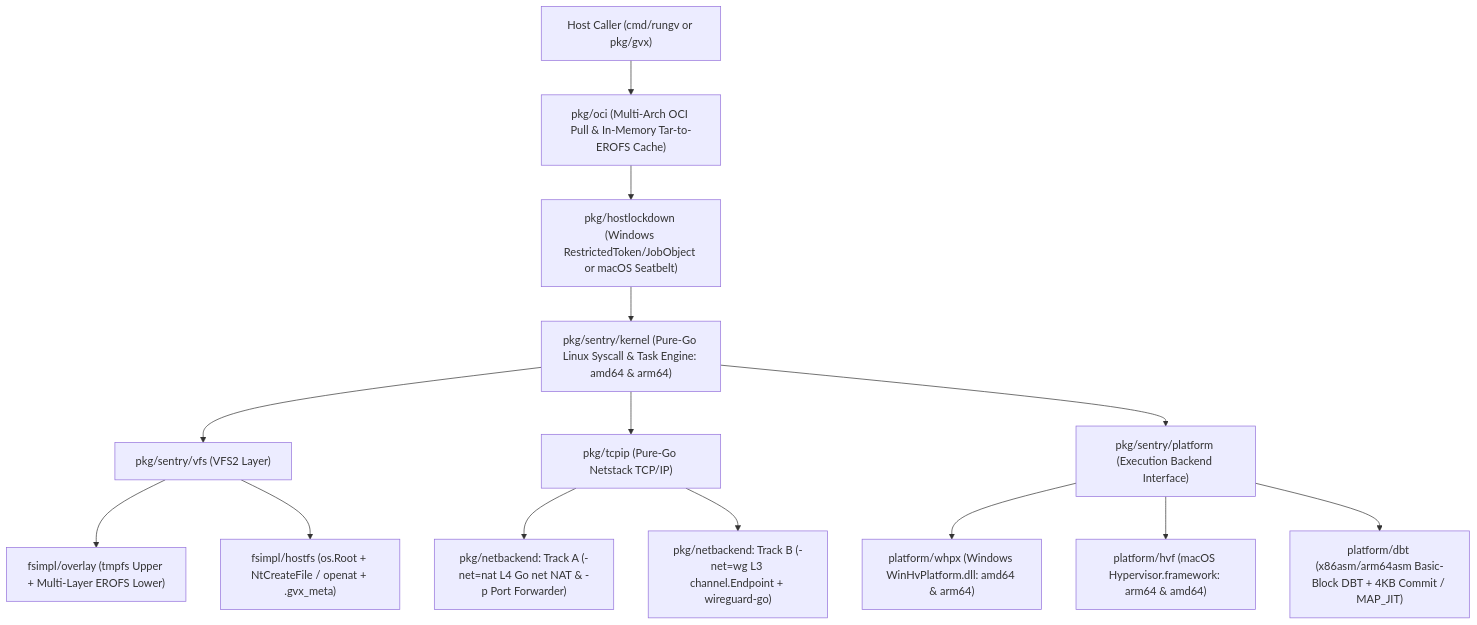
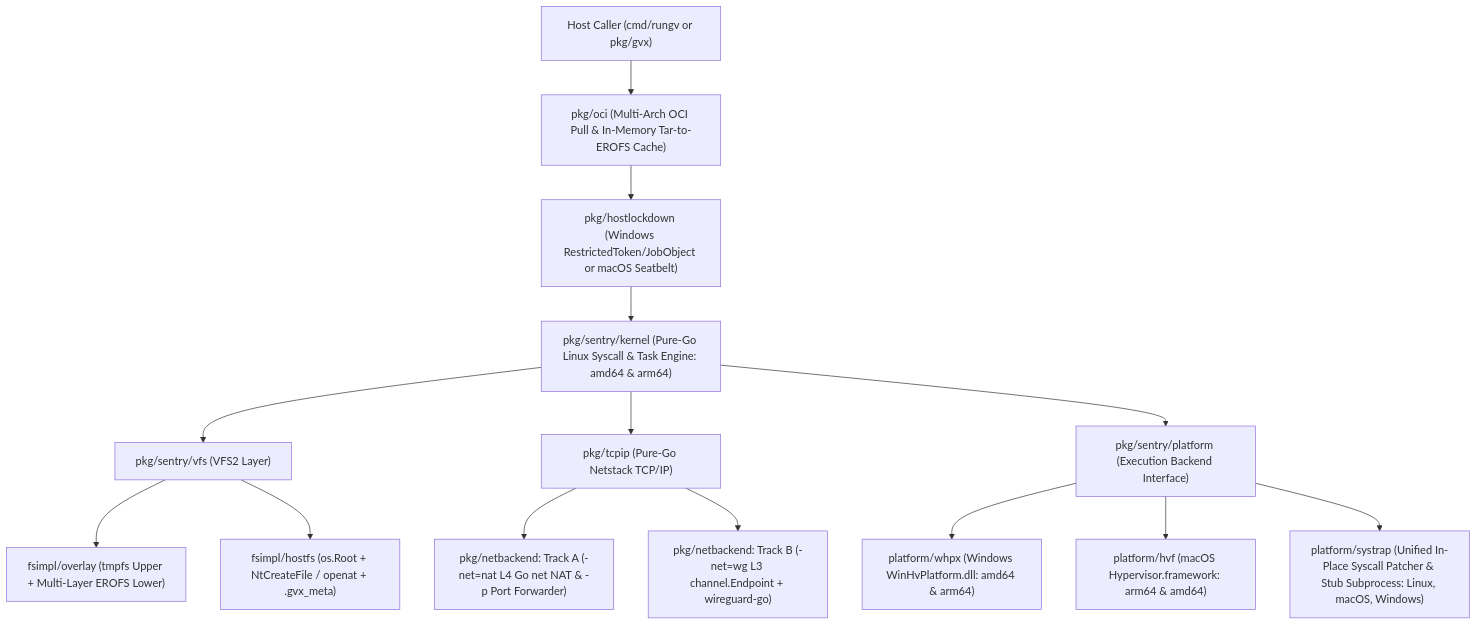
Before and after one commit to antegral/containerd-shim-gvx: the first of 7 diagrams in docs/architecture.md, drawn with Mermaid. The commit also changed other lines of this file and 3 other files, not shown here.

````diff
--- a/docs/architecture.md
+++ b/docs/architecture.md
@@ -21,16 +21,16 @@
 ```mermaid
 flowchart TD
     HostApp["Host Caller (cmd/rungv or pkg/gvx)"] --> OCI["pkg/oci (Multi-Arch OCI Pull & In-Memory Tar-to-EROFS Cache)"]
     OCI --> Lockdown["pkg/hostlockdown (Windows RestrictedToken/JobObject or macOS Seatbelt)"]
     Lockdown --> Sentry["pkg/sentry/kernel (Pure-Go Linux Syscall & Task Engine: amd64 & arm64)"]
     Sentry --> VFS["pkg/sentry/vfs (VFS2 Layer)"]
     Sentry --> Net["pkg/tcpip (Pure-Go Netstack TCP/IP)"]
     Sentry --> Platform["pkg/sentry/platform (Execution Backend Interface)"]
     VFS --> Overlay["fsimpl/overlay (tmpfs Upper + Multi-Layer EROFS Lower)"]
     VFS --> HostFS["fsimpl/hostfs (os.Root + NtCreateFile / openat + .gvx_meta)"]
     Net --> NetNAT["pkg/netbackend: Track A (-net=nat L4 Go net NAT & -p Port Forwarder)"]
     Net --> NetWG["pkg/netbackend: Track B (-net=wg L3 channel.Endpoint + wireguard-go)"]
     Platform --> WHPX["platform/whpx (Windows WinHvPlatform.dll: amd64 & arm64)"]
     Platform --> HVF["platform/hvf (macOS Hypervisor.framework: arm64 & amd64)"]
-    Platform --> DBT["platform/dbt (x86asm/arm64asm Basic-Block DBT + 4KB Commit / MAP_JIT)"]
+    Platform --> Systrap["platform/systrap (Unified In-Place Syscall Patcher & Stub Subprocess: Linux, macOS, Windows)"]
 ```
````
